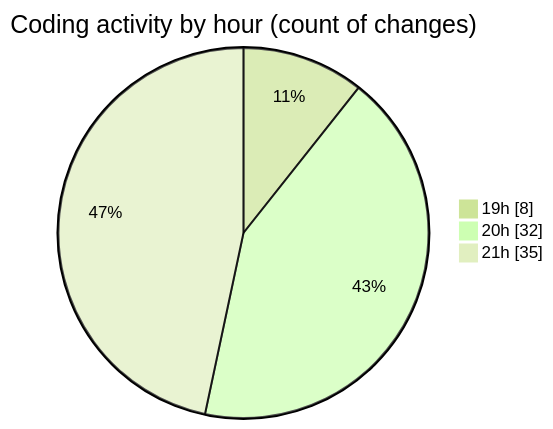
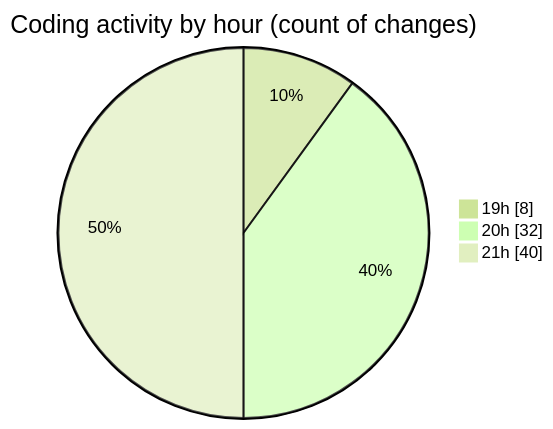
Before and after one commit to Elitesun/code-tracking: the second of 2 diagrams in 2025-05-27/ecom_store/README.md, drawn with Mermaid (forest theme). The commit also changed other lines of this file and 1 other file, not shown here.

````diff
--- a/2025-05-27/ecom_store/README.md
+++ b/2025-05-27/ecom_store/README.md
@@ -52,7 +53,7 @@
 ```mermaid
 pie showData
 title Coding activity by hour (count of changes)
 "19h" : 8
 "20h" : 32
-"21h" : 35
+"21h" : 40
 ```
````
